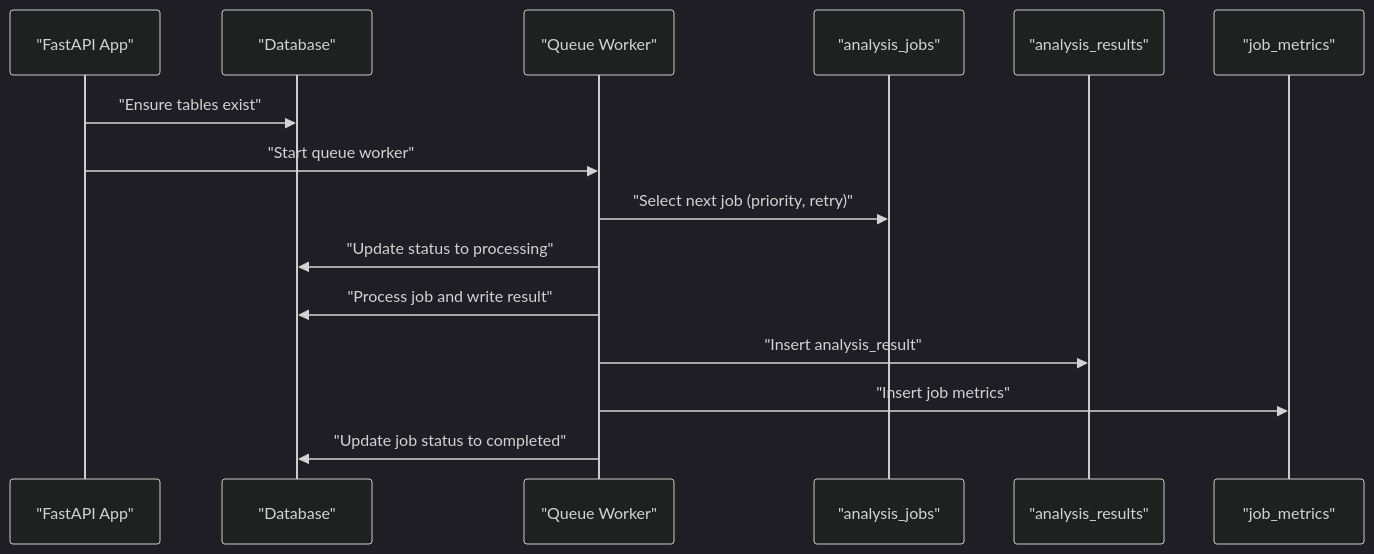
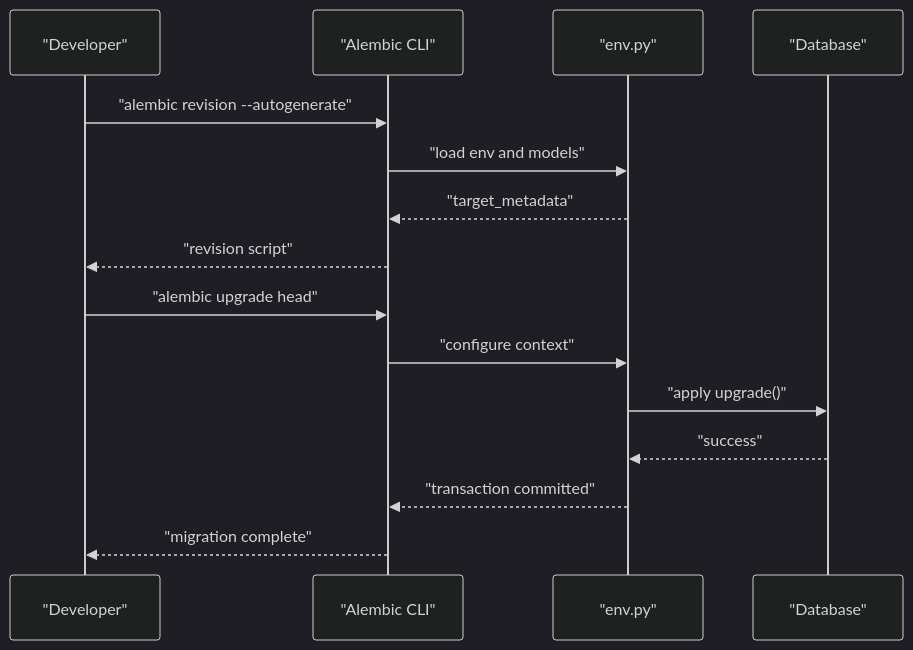
One commit to Revanththetalogics/aireume changed the fourth of 6 diagrams in .qoder/repowiki/en/content/Database Design/Migration Management.md. Above: the diagram before and after it, drawn with Mermaid (dark theme). The commit also changed other lines of this file and 58 other files, not shown here.

````diff
--- a/.qoder/repowiki/en/content/Database Design/Migration Management.md
+++ b/.qoder/repowiki/en/content/Database Design/Migration Management.md
@@ -303,17 +253,17 @@
 ```mermaid
 sequenceDiagram
-participant App as "FastAPI App"
+participant Dev as "Developer"
+participant Alembic as "Alembic CLI"
+participant Env as "env.py"
 participant DB as "Database"
-participant Worker as "Queue Worker"
-participant Jobs as "analysis_jobs"
-participant Results as "analysis_results"
-participant Metrics as "job_metrics"
-App->>DB : "Ensure tables exist"
-App->>Worker : "Start queue worker"
-Worker->>Jobs : "Select next job (priority, retry)"
-Worker->>DB : "Update status to processing"
-Worker->>DB : "Process job and write result"
-Worker->>Results : "Insert analysis_result"
-Worker->>Metrics : "Insert job metrics"
-Worker->>DB : "Update job status to completed"
+Dev->>Alembic : "alembic revision --autogenerate"
+Alembic->>Env : "load env and models"
+Env-->>Alembic : "target_metadata"
+Alembic-->>Dev : "revision script"
+Dev->>Alembic : "alembic upgrade head"
+Alembic->>Env : "configure context"
+Env->>DB : "apply upgrade()"
+DB-->>Env : "success"
+Env-->>Alembic : "transaction committed"
+Alembic-->>Dev : "migration complete"
 ```
````
